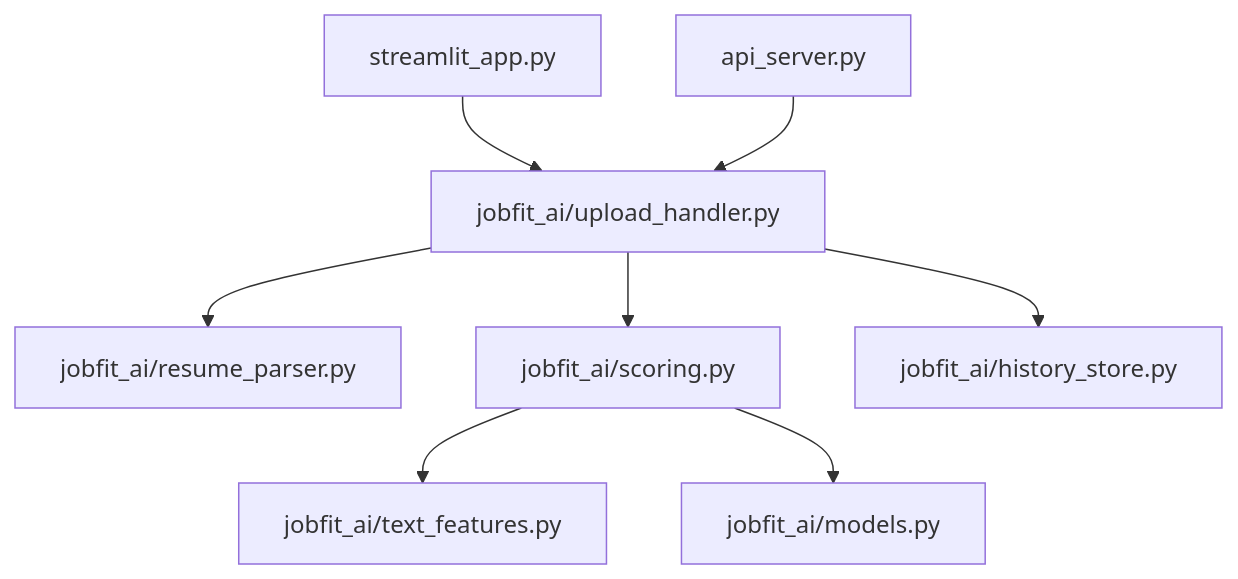
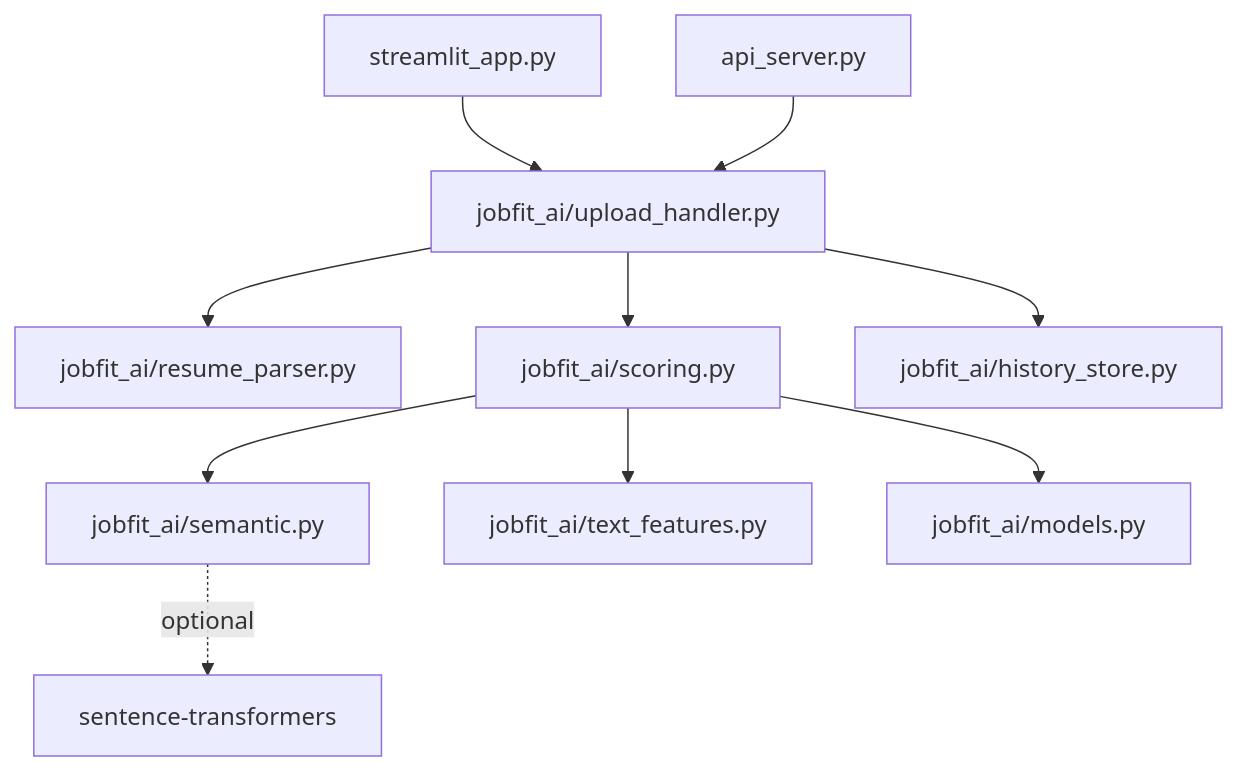
Before and after one commit to TJA0308/jobfit-ai: the second of 2 diagrams in README.md, drawn with Mermaid. The commit also changed other lines of this file and 9 other files, not shown here.

````diff
--- a/README.md
+++ b/README.md
@@ -96,10 +116,12 @@
 ```mermaid
 flowchart TB
     UI[streamlit_app.py] --> SERVICE[jobfit_ai/upload_handler.py]
     API[api_server.py] --> SERVICE
     SERVICE --> PARSER[jobfit_ai/resume_parser.py]
     SERVICE --> SCORING[jobfit_ai/scoring.py]
     SERVICE --> STORE[jobfit_ai/history_store.py]
+    SCORING --> SEMANTIC[jobfit_ai/semantic.py]
     SCORING --> FEATURES[jobfit_ai/text_features.py]
     SCORING --> MODELS[jobfit_ai/models.py]
+    SEMANTIC -.optional.-> EMB[sentence-transformers]
 ```
````
